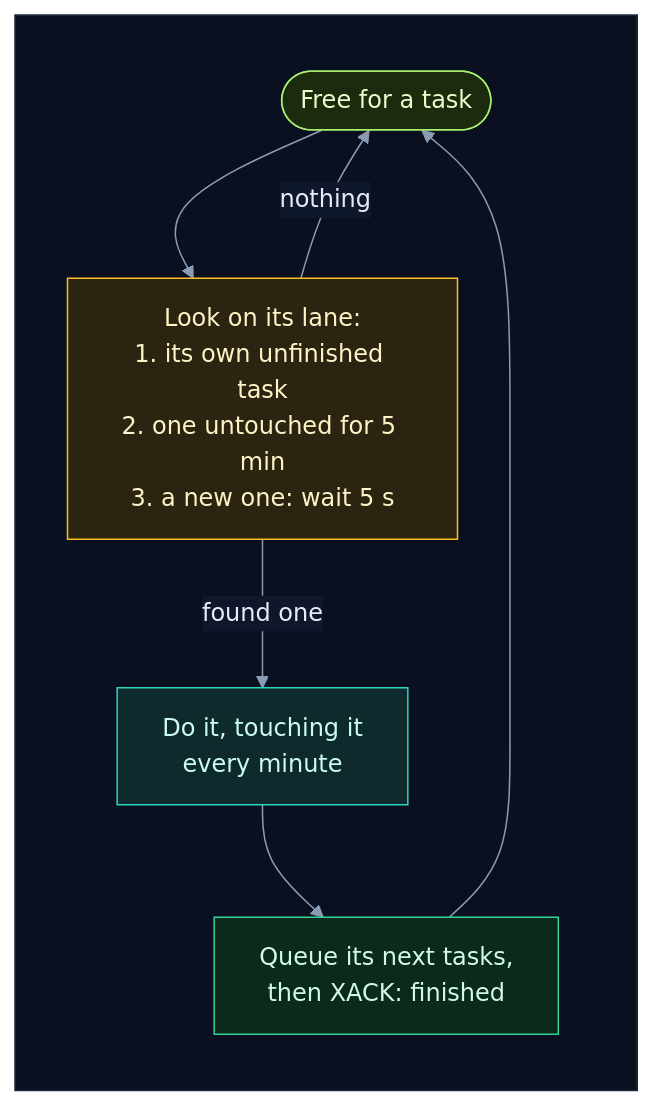
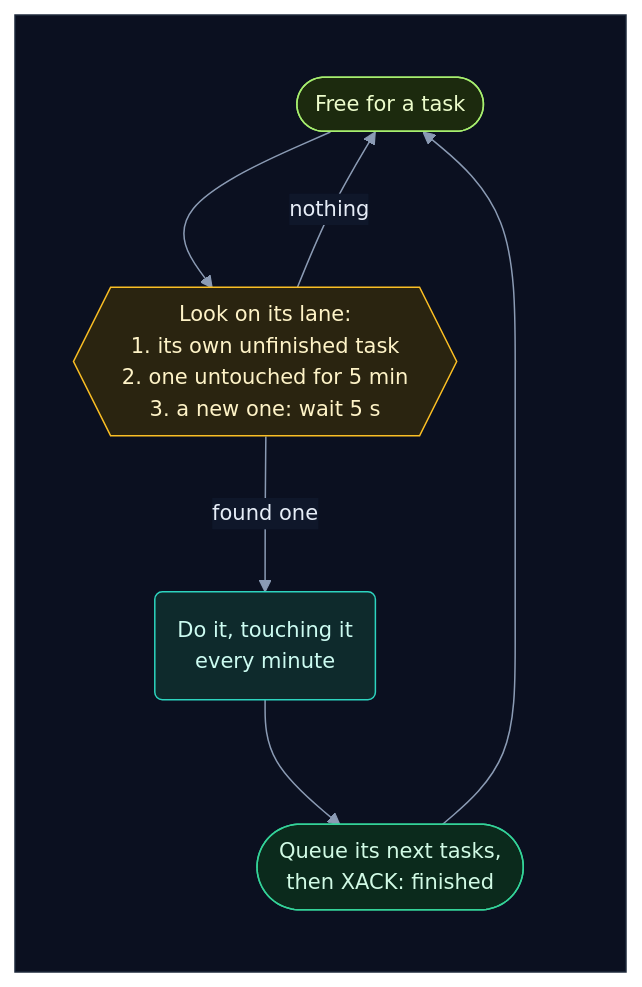
Before and after one commit to selvakumarperumal/Regulatory_Circular_Impact_Agent: the fourth of 8 diagrams in system_overview.md, drawn with Mermaid. The commit also changed other lines of this file and 5 other files, not shown here.

Commit message:
Give the docs' flowcharts a shape per kind of part, more room and slightly smaller text

````diff
--- a/system_overview.md
+++ b/system_overview.md
@@ -176,21 +176,21 @@
 ```mermaid
-%%{init: {"theme": "base", "flowchart": {"diagramPadding": 0}, "themeVariables": {"darkMode": true, "primaryColor": "#16213a", "primaryTextColor": "#e6edf7", "primaryBorderColor": "#475a7a", "lineColor": "#8b9bb4", "secondaryColor": "#1b2436", "tertiaryColor": "#101a2e", "edgeLabelBackground": "#0f172a", "textColor": "#e2e8f0", "clusterBkg": "#0f1728", "clusterBorder": "#2b3a55", "titleColor": "#c4b5fd", "nodeTextColor": "#e6edf7"}}}%%
+%%{init: {"theme": "base", "flowchart": {"diagramPadding": 0, "nodeSpacing": 58, "rankSpacing": 58, "curve": "basis"}, "themeVariables": {"fontSize": "14px", "darkMode": true, "primaryColor": "#16213a", "primaryTextColor": "#e6edf7", "primaryBorderColor": "#475a7a", "lineColor": "#8b9bb4", "secondaryColor": "#1b2436", "tertiaryColor": "#101a2e", "edgeLabelBackground": "#0f172a", "textColor": "#e2e8f0", "clusterBkg": "#0f1728", "clusterBorder": "#2b3a55", "titleColor": "#c4b5fd", "nodeTextColor": "#e6edf7"}}}%%
 flowchart TD
     subgraph canvas[" "]
         direction TB
-        free(["Free for a task"]) --> look["Look on its lane:<br/>1. its own unfinished task<br/>2. one untouched for 5 min<br/>3. a new one: wait 5 s"]
+        free(["Free for a task"]) --> look{{"Look on its lane:<br/>1. its own unfinished task<br/>2. one untouched for 5 min<br/>3. a new one: wait 5 s"}}
         look -->|"nothing"| free
-        look -->|"found one"| run["Do it, touching it<br/>every minute"]
-        run --> fin["Queue its next tasks,<br/>then XACK: finished"]
+        look -->|"found one"| run("Do it, touching it<br/>every minute")
+        run --> fin(["Queue its next tasks,<br/>then XACK: finished"])
         fin --> free
     end
     classDef svc fill:#0e2a2c,stroke:#2dd4bf,color:#ccfbf1
     classDef ask fill:#2a2410,stroke:#fbbf24,color:#fef3c7
     classDef ok fill:#0b2a1c,stroke:#34d399,color:#d1fae5
     classDef start fill:#1c2a0e,stroke:#a7ef6f,color:#ecfccb
     class free start
     class look ask
     class run svc
     class fin ok
     style canvas fill:#0b1020,stroke:#1e293b,color:#0b1020
 ```
````
